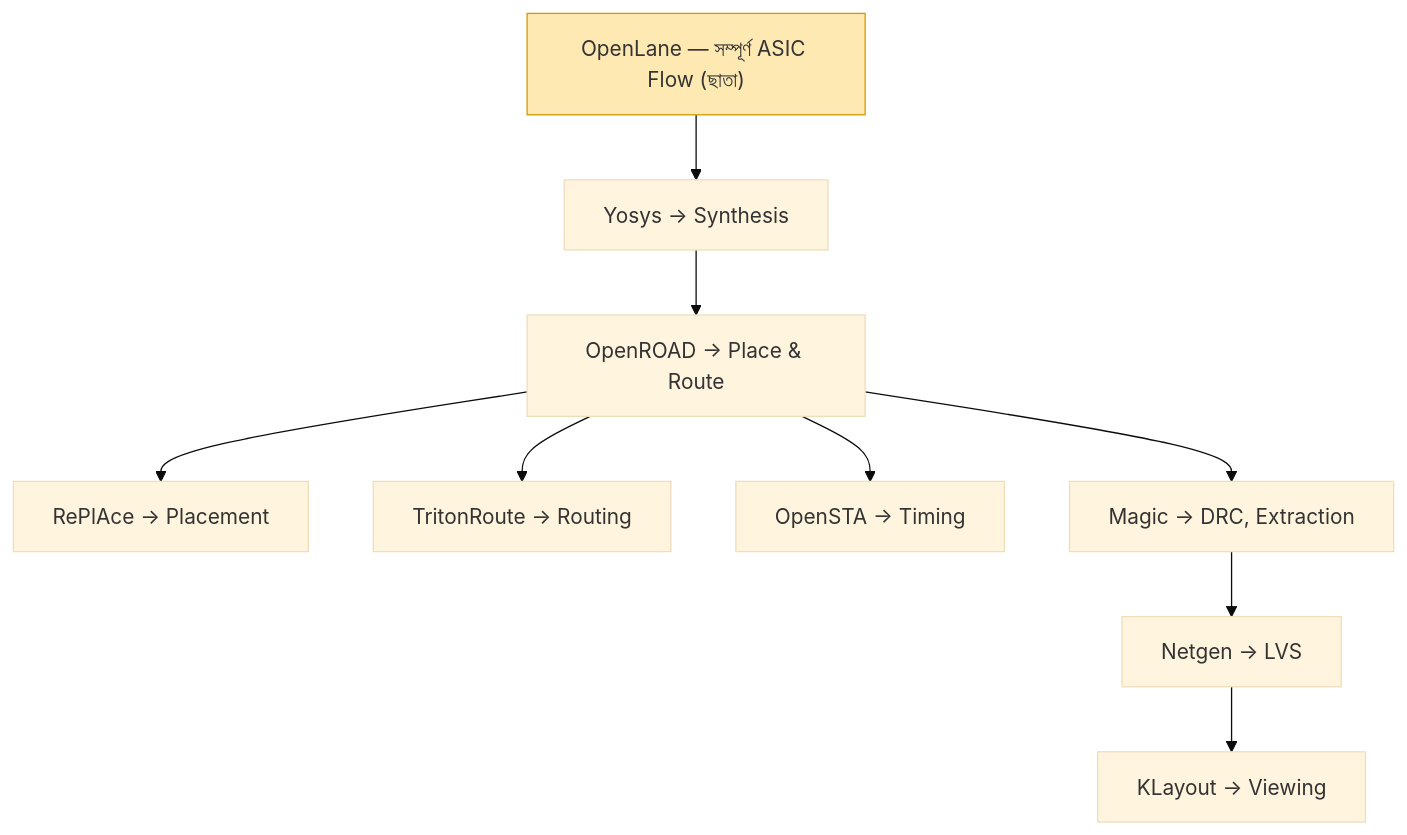
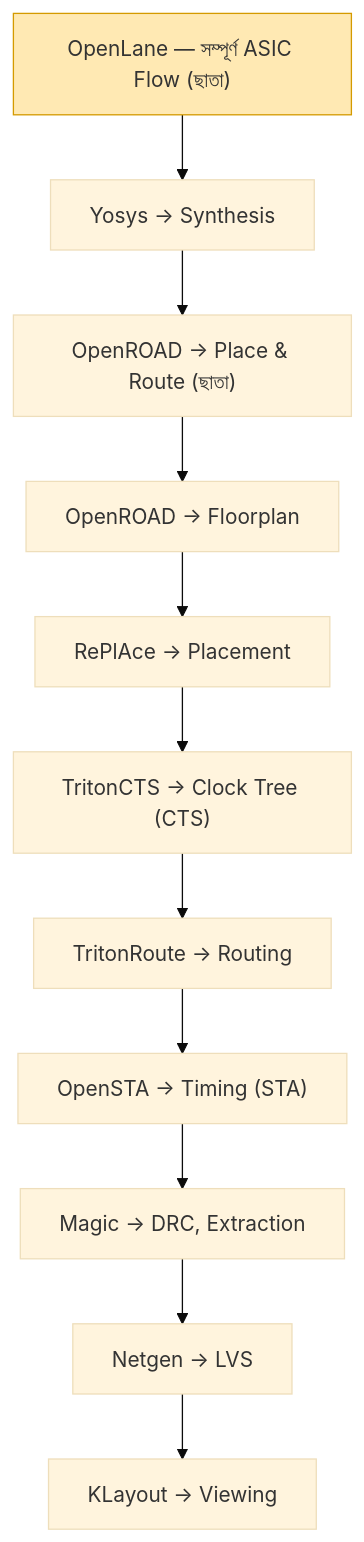
One commit to akram02/build-your-own-processor changed the third of 3 diagrams in chapters/Chapter_21_VLSI_Design_Flow.md. Above: the diagram before and after it, drawn with Mermaid (base theme). The commit also changed other lines of this file and 6 other files, not shown here.

````diff
--- a/chapters/Chapter_21_VLSI_Design_Flow.md
+++ b/chapters/Chapter_21_VLSI_Design_Flow.md
@@ -707,19 +709,20 @@
 ```mermaid
 flowchart TD
     OL["OpenLane — সম্পূর্ণ ASIC Flow (ছাতা)"]
     Y["Yosys → Synthesis"]
-    OR["OpenROAD → Place & Route"]
+    OR["OpenROAD → Place & Route (ছাতা)"]
+    FP["OpenROAD → Floorplan"]
     RP["RePlAce → Placement"]
+    CT["TritonCTS → Clock Tree (CTS)"]
     TR["TritonRoute → Routing"]
-    ST["OpenSTA → Timing"]
+    ST["OpenSTA → Timing (STA)"]
     MG["Magic → DRC, Extraction"]
     NG["Netgen → LVS"]
     KL["KLayout → Viewing"]
 
-    OL --> Y --> OR --> MG --> NG --> KL
-    OR --> RP
-    OR --> TR
-    OR --> ST
+    OL --> Y --> OR
+    OR --> FP --> RP --> CT --> TR --> ST
+    ST --> MG --> NG --> KL
 
     style OL fill:#ffe9b3,stroke:#d49a00
 ```
````
